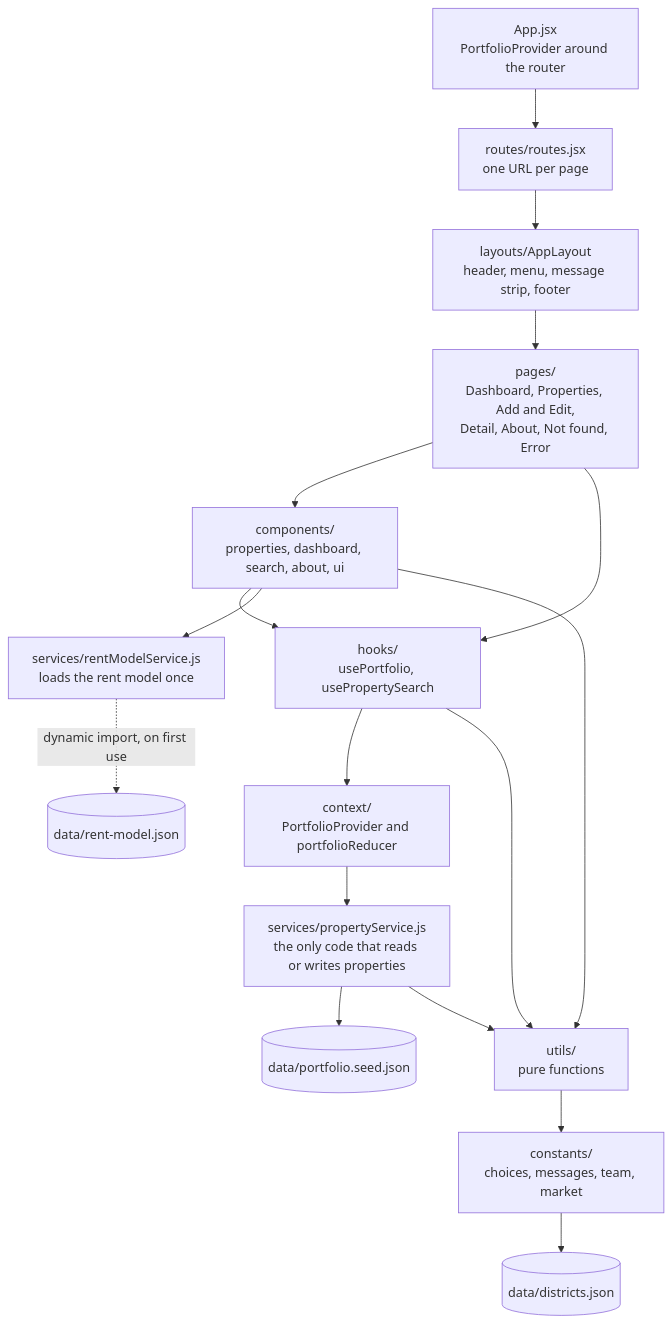
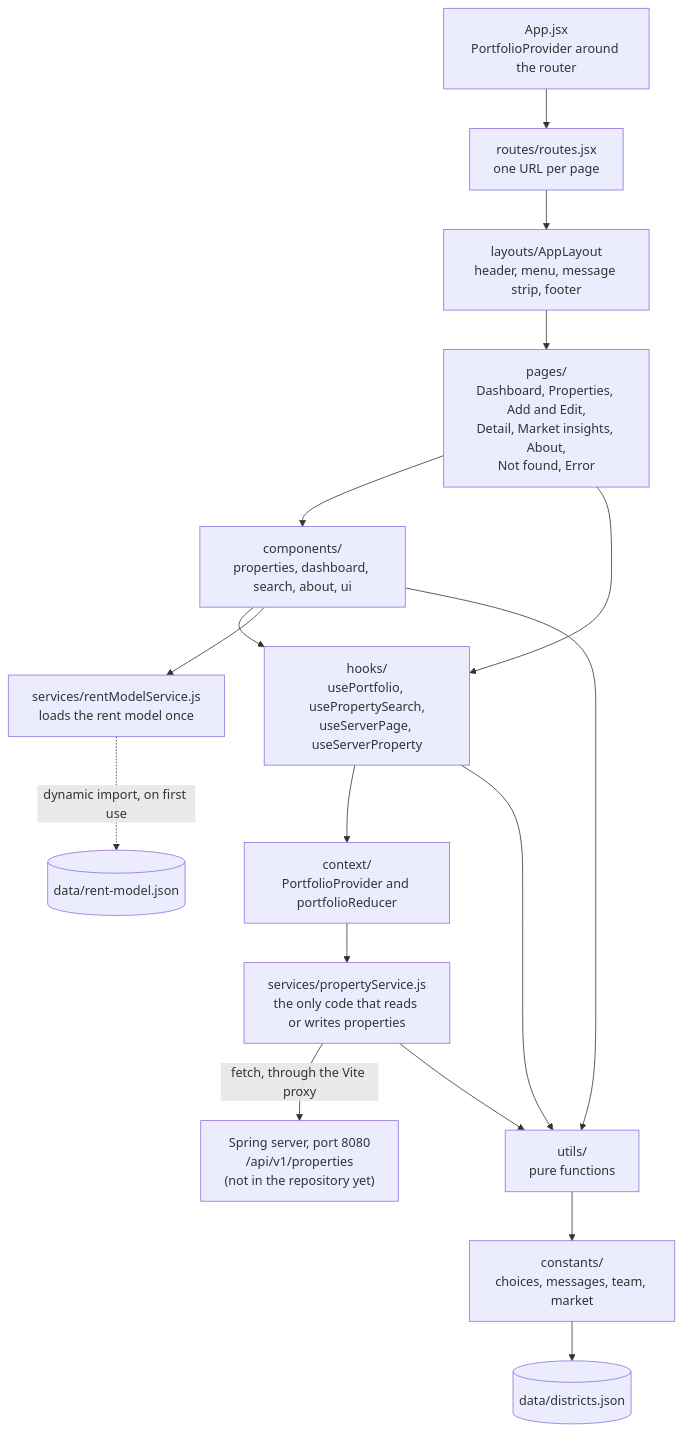
Before and after one commit to alm7zm/DarScope: the diagram in docs/architecture.md, drawn with Mermaid. The commit also changed other lines of this file and 4 other files, not shown here.

Commit message:
docs: architecture, features, README and test report for Part 2

````diff
--- a/docs/architecture.md
+++ b/docs/architecture.md
@@ -19,32 +23,32 @@
 ```mermaid
 flowchart TD
     App["App.jsx<br/>PortfolioProvider around the router"]
     Routes["routes/routes.jsx<br/>one URL per page"]
     Layout["layouts/AppLayout<br/>header, menu, message strip, footer"]
-    Pages["pages/<br/>Dashboard, Properties, Add and Edit,<br/>Detail, About, Not found, Error"]
+    Pages["pages/<br/>Dashboard, Properties, Add and Edit,<br/>Detail, Market insights, About,<br/>Not found, Error"]
     Components["components/<br/>properties, dashboard, search, about, ui"]
-    Hooks["hooks/<br/>usePortfolio, usePropertySearch"]
+    Hooks["hooks/<br/>usePortfolio, usePropertySearch,<br/>useServerPage, useServerProperty"]
     State["context/<br/>PortfolioProvider and portfolioReducer"]
     Service["services/propertyService.js<br/>the only code that reads or writes properties"]
     RentService["services/rentModelService.js<br/>loads the rent model once"]
     Utils["utils/<br/>pure functions"]
     Constants["constants/<br/>choices, messages, team, market"]
-    Seed[("data/portfolio.seed.json")]
     Weights[("data/rent-model.json")]
     Districts[("data/districts.json")]
+    Server["Spring server, port 8080<br/>/api/v1/properties<br/>(not in the repository yet)"]
 
     App --> Routes --> Layout --> Pages
     Pages --> Components
     Pages --> Hooks
     Components --> Hooks
     Hooks --> State
     State --> Service
-    Service --> Seed
+    Service -->|fetch, through the Vite proxy| Server
     Components --> RentService
     RentService -.->|dynamic import, on first use| Weights
     Service --> Utils
     Components --> Utils
     Hooks --> Utils
     Utils --> Constants
     Constants --> Districts
 ```
````
